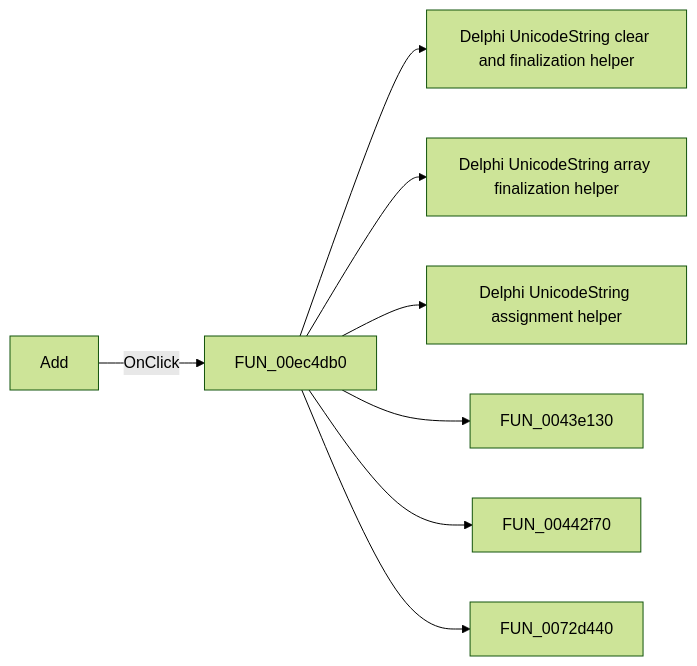
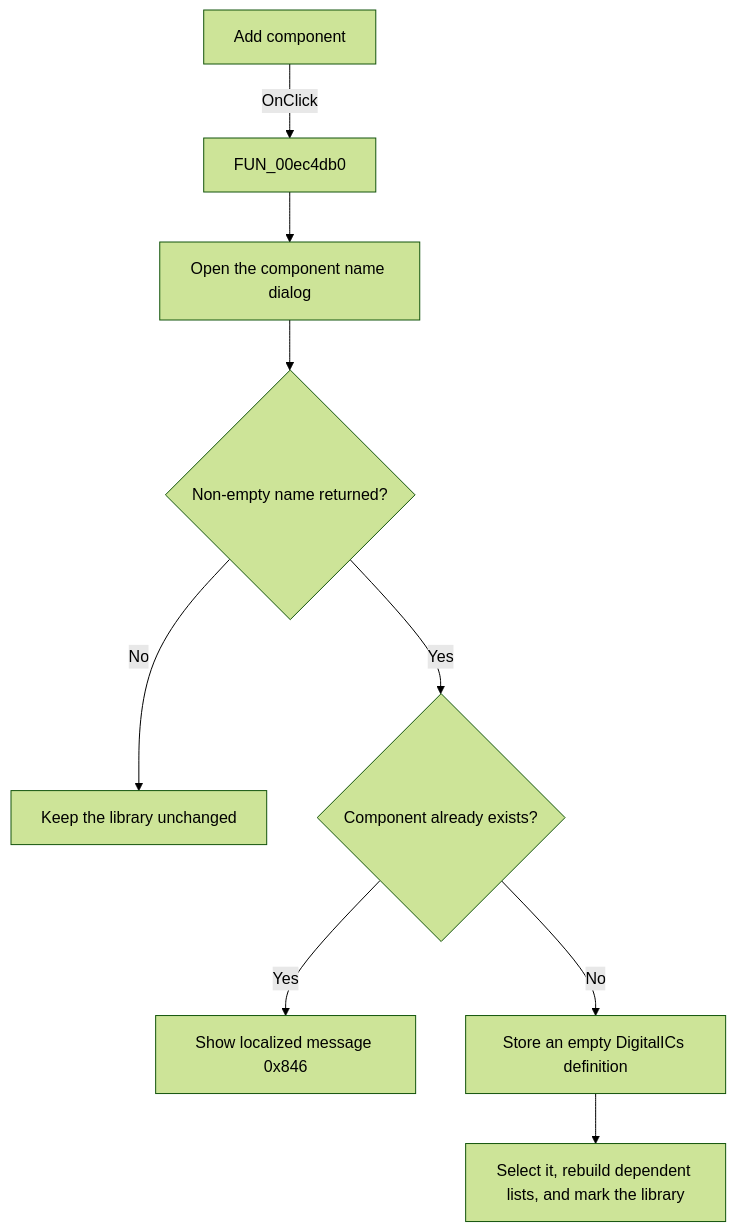
The diagram in docs/ui-controls/pcbform4/btnnewcomponent-b399ef34a3.md (MovGP0/TIARA), drawn with Mermaid (forest theme) before and after one commit. The commit also changed other lines of this file and 1062 other files, not shown here.

````diff
--- a/docs/ui-controls/pcbform4/btnnewcomponent-b399ef34a3.md
+++ b/docs/ui-controls/pcbform4/btnnewcomponent-b399ef34a3.md
@@ -27,10 +31,11 @@
 ```mermaid
-flowchart LR
-    control["Add"] -->|OnClick| handler["FUN_00ec4db0"]
-    handler --> call1["Delphi UnicodeString clear and finalization helper"]
-    handler --> call2["Delphi UnicodeString array finalization helper"]
-    handler --> call3["Delphi UnicodeString assignment helper"]
-    handler --> call4["FUN_0043e130"]
-    handler --> call5["FUN_00442f70"]
-    handler --> call6["FUN_0072d440"]
+flowchart TD
+    control["Add component"] -->|OnClick| handler["FUN_00ec4db0"]
+    handler --> prompt["Open the component name dialog"]
+    prompt --> name{"Non-empty name returned?"}
+    name -->|No| noChange["Keep the library unchanged"]
+    name -->|Yes| duplicate{"Component already exists?"}
+    duplicate -->|Yes| error["Show localized message 0x846"]
+    duplicate -->|No| create["Store an empty DigitalICs definition"]
+    create --> refresh["Select it, rebuild dependent lists, and mark the library"]
 ```
````
